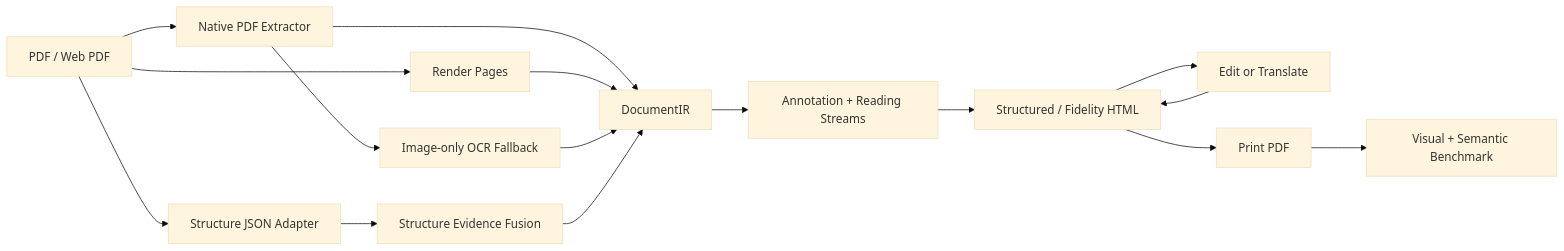
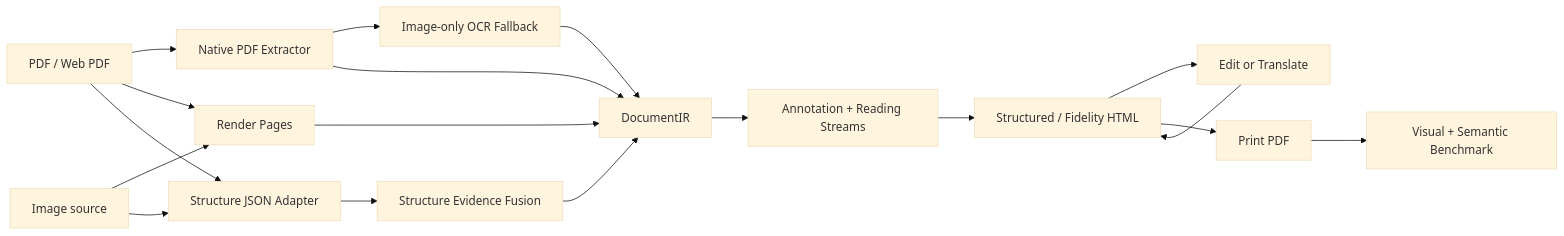
One commit to followcat/Scriptorium changed the diagram in README.en.md. Above: the diagram before and after it, drawn with Mermaid (base theme). The commit also changed other lines of this file and 10 other files, not shown here.

````diff
--- a/README.en.md
+++ b/README.en.md
@@ -124,18 +134,20 @@
 ```mermaid
 flowchart LR
   A[PDF / Web PDF] --> B[Native PDF Extractor]
+  M[Image source] --> C[Render Pages]
+  M --> E[OCR / Structure JSON Adapter]
   A --> C[Render Pages]
   B --> D[Image-only OCR Fallback]
   A --> E[Structure JSON Adapter]
   E --> F[Structure Evidence Fusion]
   B --> G[DocumentIR]
   C --> G
   D --> G
   F --> G
   G --> H[Annotation + Reading Streams]
   H --> I[Structured / Fidelity HTML]
   I --> J[Edit or Translate]
   J --> I
   I --> K[Print PDF]
   K --> L[Visual + Semantic Benchmark]
 ```
````
